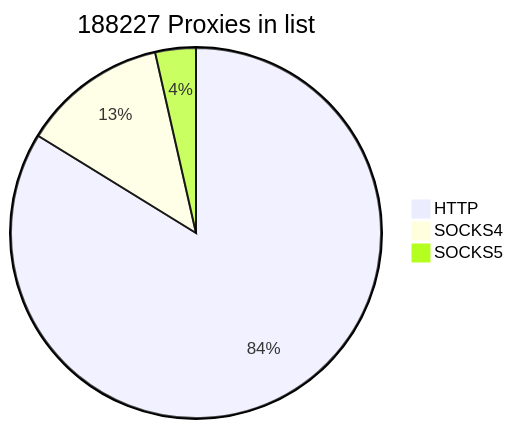
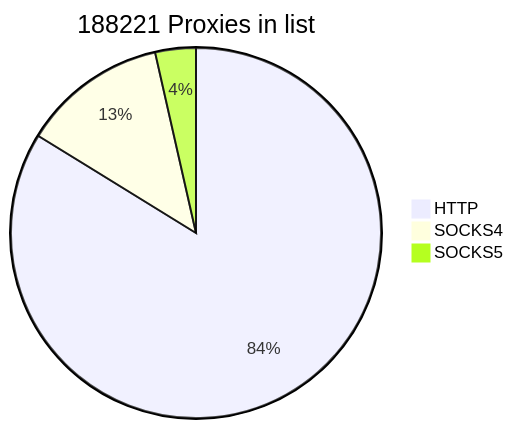
Before and after one commit to cutipu/proxylist: the first of 2 diagrams in README.md, drawn with Mermaid. The commit also changed other lines of this file, not shown here.

````diff
--- a/README.md
+++ b/README.md
@@ -2,7 +2,7 @@
 ```mermaid
-pie title 188227 Proxies in list
-    "HTTP" : 157706
-    "SOCKS4" : 23845
+pie title 188221 Proxies in list
+    "HTTP" : 157703
+    "SOCKS4" : 23842
     "SOCKS5" : 6676
             
 ```
````
